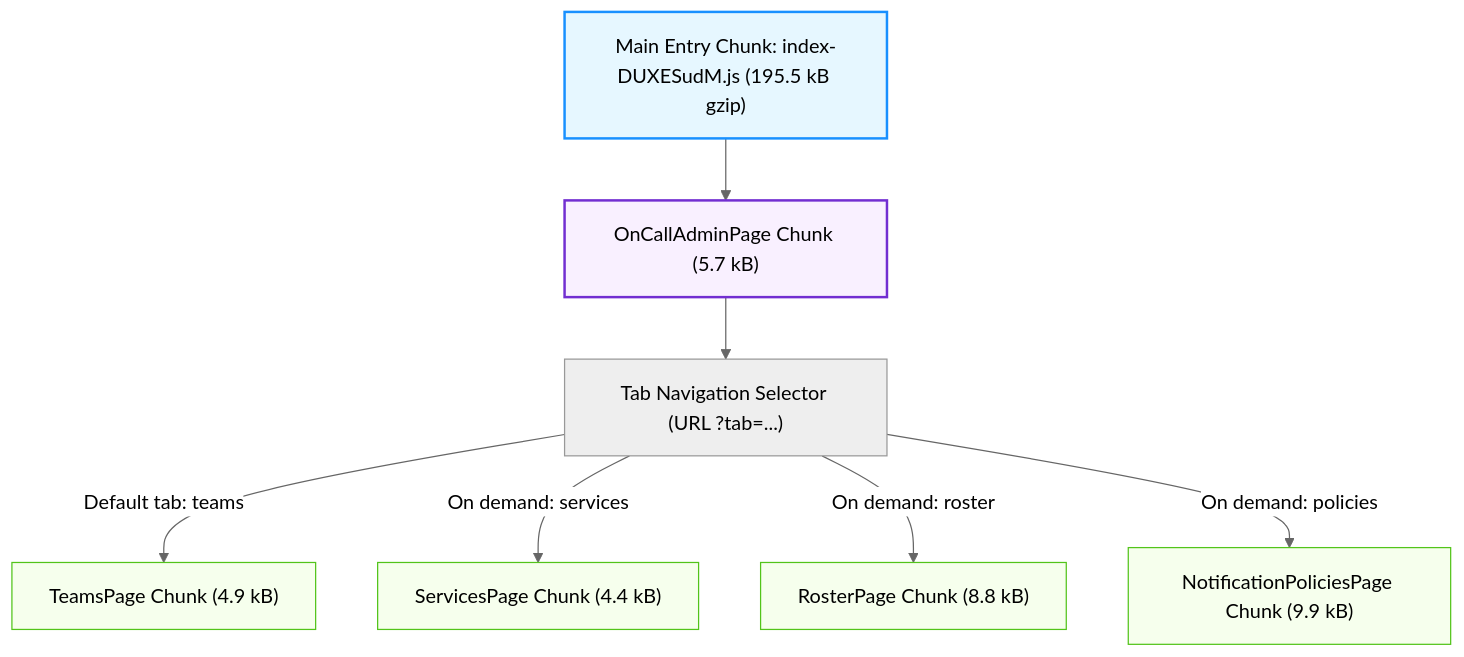
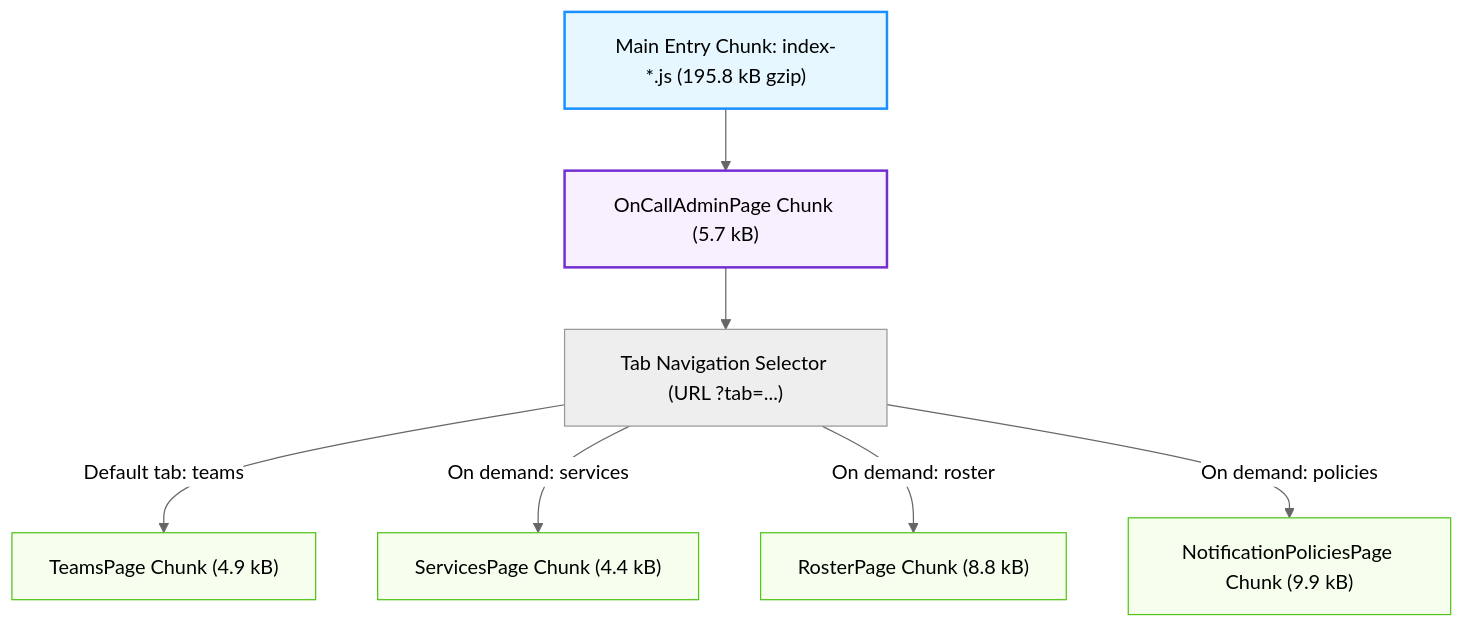
The fourth of 4 diagrams in docs/frontend-state-and-rendering-optimizations-pr-report.md (TinyPhi/OpenWind), drawn with Mermaid (neutral theme) before and after one commit. The commit also changed other lines of this file, not shown here.

Commit message:
docs(admin-ui): update frontend state optimization report metrics

````diff
--- a/docs/frontend-state-and-rendering-optimizations-pr-report.md
+++ b/docs/frontend-state-and-rendering-optimizations-pr-report.md
@@ -144,18 +144,18 @@
 ```mermaid
 flowchart TD
-    MainEntry["Main Entry Chunk: index-DUXESudM.js (195.5 kB gzip)"] --> AdminOnCallRoute["OnCallAdminPage Chunk (5.7 kB)"]
+    MainEntry["Main Entry Chunk: index-*.js (195.8 kB gzip)"] --> AdminOnCallRoute["OnCallAdminPage Chunk (5.7 kB)"]
 
     AdminOnCallRoute --> TabNav["Tab Navigation Selector (URL ?tab=...)"]
 
     TabNav -->|Default tab: teams| TeamsChunk["TeamsPage Chunk (4.9 kB)"]
     TabNav -->|On demand: services| ServicesChunk["ServicesPage Chunk (4.4 kB)"]
     TabNav -->|On demand: roster| RosterChunk["RosterPage Chunk (8.8 kB)"]
     TabNav -->|On demand: policies| PoliciesChunk["NotificationPoliciesPage Chunk (9.9 kB)"]
 
     style MainEntry fill:#e6f7ff,stroke:#1890ff,stroke-width:2px
     style AdminOnCallRoute fill:#f9f0ff,stroke:#722ed1,stroke-width:2px
     style TeamsChunk fill:#f6ffed,stroke:#52c41a,stroke-width:1px
     style ServicesChunk fill:#f6ffed,stroke:#52c41a,stroke-width:1px
     style RosterChunk fill:#f6ffed,stroke:#52c41a,stroke-width:1px
     style PoliciesChunk fill:#f6ffed,stroke:#52c41a,stroke-width:1px
 ```
````
